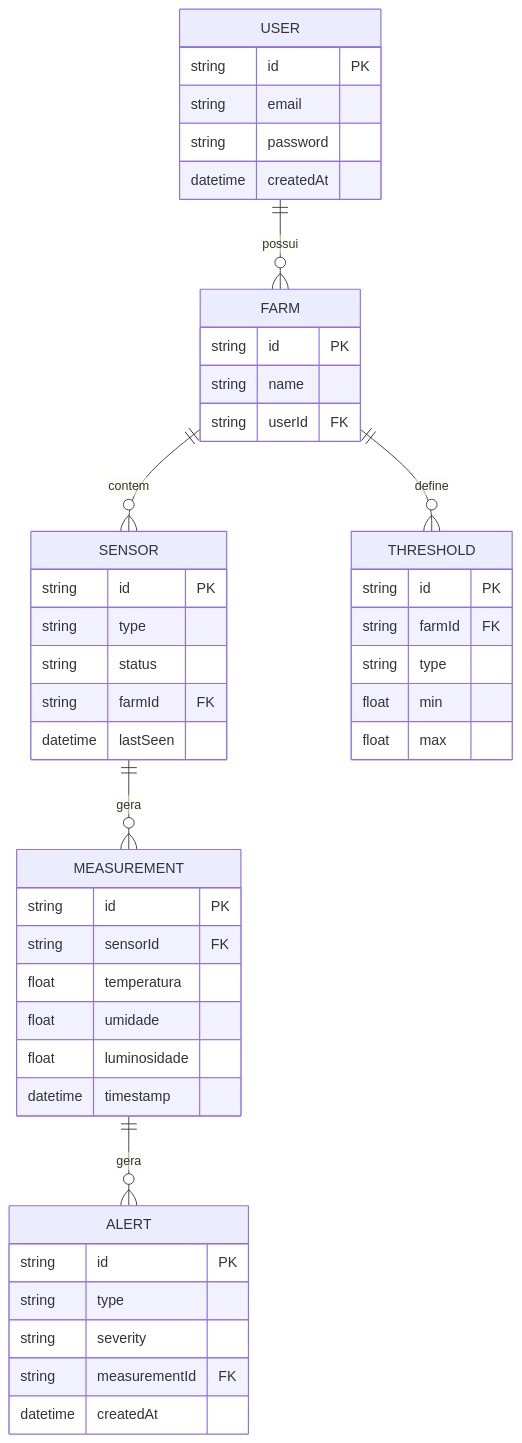
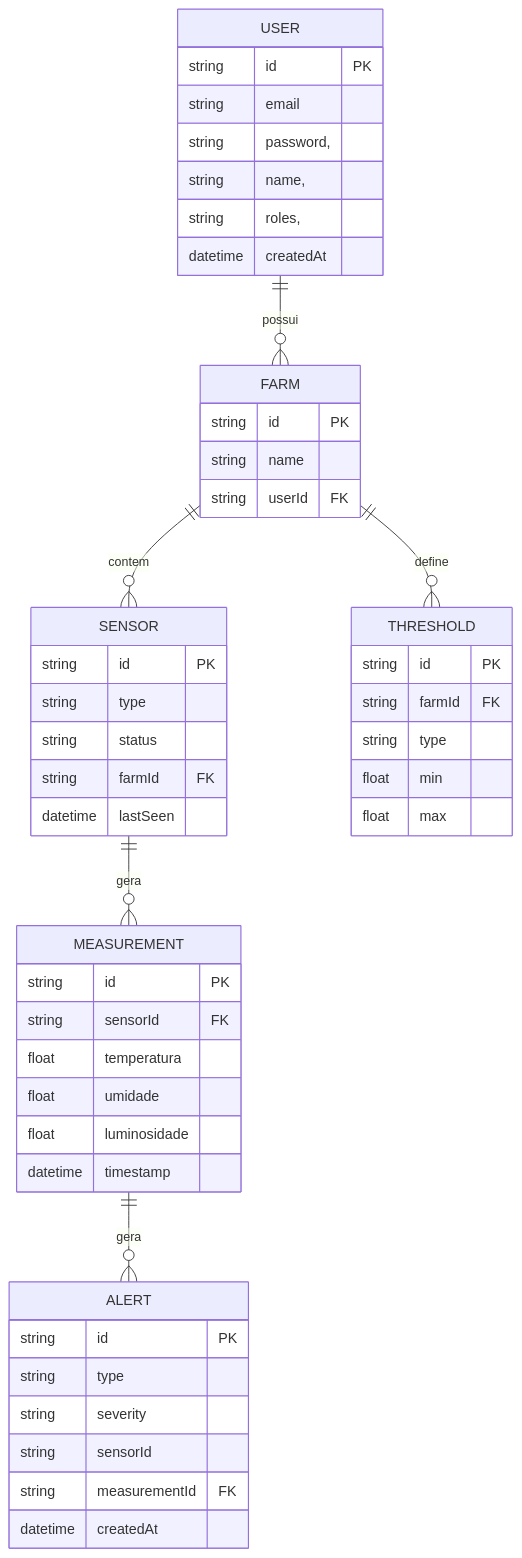
Before and after one commit to tiago-sampaio-cordeiro/smart-farm-api: the diagram in docs/sdd.md, drawn with Mermaid. The commit also changed other lines of this file and 2 other files, not shown here.

````diff
--- a/docs/sdd.md
+++ b/docs/sdd.md
@@ -62,54 +62,57 @@
 ```mermaid
 erDiagram
     USER ||--o{ FARM : possui
     FARM ||--o{ SENSOR : contem
     SENSOR ||--o{ MEASUREMENT : gera
     MEASUREMENT ||--o{ ALERT : gera
     FARM ||--o{ THRESHOLD : define
 
     USER {
         string id PK
         string email
-        string password
+        string password,
+        string name,
+        string roles,
         datetime createdAt
     }
 
     FARM {
         string id PK
         string name
         string userId FK
     }
 
     SENSOR {
         string id PK
         string type
         string status
         string farmId FK
         datetime lastSeen
     }
 
     MEASUREMENT {
         string id PK
         string sensorId FK
         float temperatura
         float umidade
         float luminosidade
         datetime timestamp
     }
 
     ALERT {
         string id PK
         string type
         string severity
+        string sensorId
         string measurementId FK
         datetime createdAt
     }
 
     THRESHOLD {
         string id PK
         string farmId FK
         string type
         float min
         float max
     }
 ```
````
